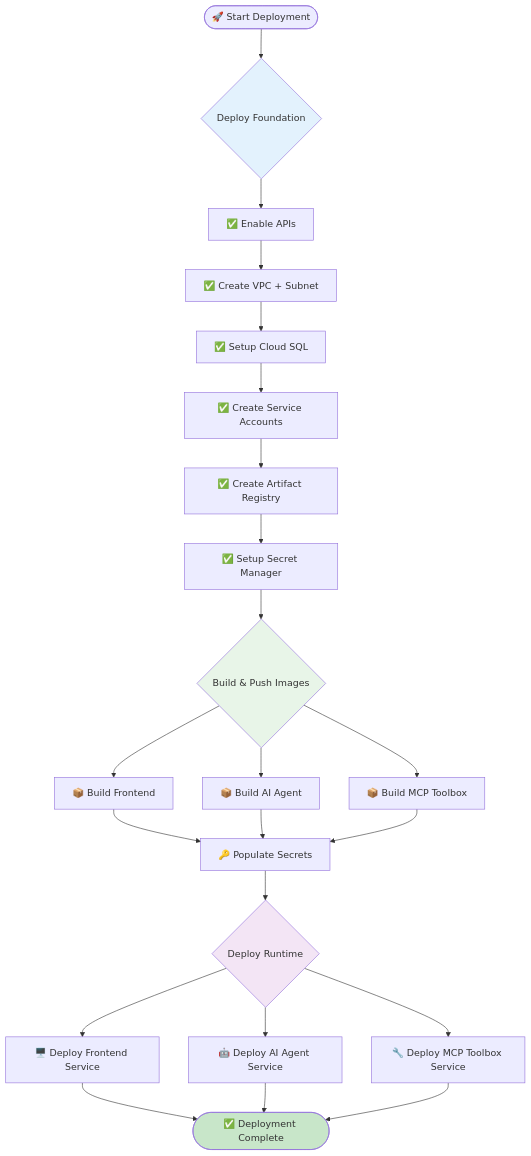
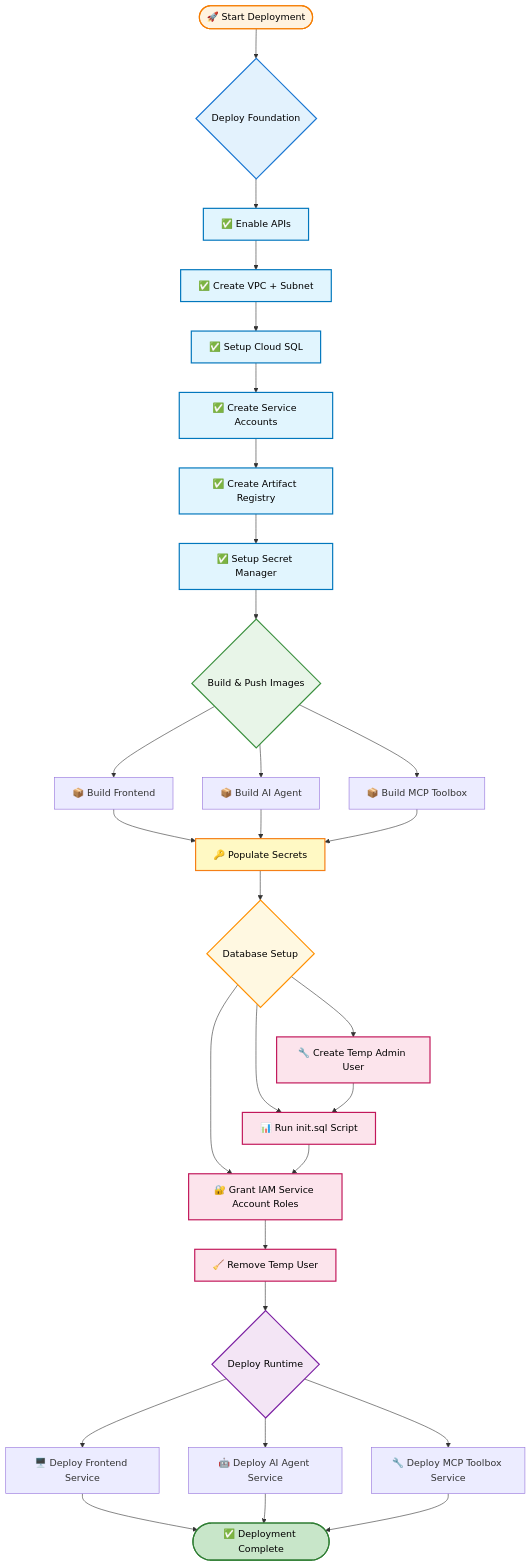
Before and after one commit to discoverlance-com/the-smart-corporate-search: the sixth of 6 diagrams in README.md, drawn with Mermaid. The commit also changed other lines of this file, not shown here.

Commit message:
fix: mermaid diagrams

````diff
--- a/README.md
+++ b/README.md
@@ -449,33 +456,54 @@
 ```mermaid
 flowchart TD
     Start([🚀 Start Deployment]) --> Foundation{Deploy Foundation}
     Foundation --> APIs[✅ Enable APIs]
     APIs --> VPCSetup[✅ Create VPC + Subnet]
     VPCSetup --> CloudSQLSetup[✅ Setup Cloud SQL]
     CloudSQLSetup --> ServiceAccountsSetup[✅ Create Service Accounts]
     ServiceAccountsSetup --> ArtifactRegistrySetup[✅ Create Artifact Registry]
     ArtifactRegistrySetup --> SecretsSetup[✅ Setup Secret Manager]
 
     SecretsSetup --> BuildImages{Build & Push Images}
     BuildImages --> FrontendBuild[📦 Build Frontend]
     BuildImages --> AIAgentBuild[📦 Build AI Agent]
     BuildImages --> MCPBuild[📦 Build MCP Toolbox]
 
     FrontendBuild --> CreateSecrets
     AIAgentBuild --> CreateSecrets
     MCPBuild --> CreateSecrets[🔑 Populate Secrets]
 
-    CreateSecrets --> Runtime{Deploy Runtime}
+    CreateSecrets --> DatabaseSetup{Database Setup}
+    DatabaseSetup --> CreateTempUser[🔧 Create Temp Admin User]
+    DatabaseSetup --> RunInitSQL[📊 Run init.sql Script]
+    DatabaseSetup --> GrantRoles[🔐 Grant IAM Service Account Roles]
+    CreateTempUser --> RunInitSQL
+    RunInitSQL --> GrantRoles
+    GrantRoles --> CleanupTempUser[🧹 Remove Temp User]
+
+    CleanupTempUser --> Runtime{Deploy Runtime}
     Runtime --> FrontendService[🖥️ Deploy Frontend Service]
     Runtime --> AIAgentService[🤖 Deploy AI Agent Service]
     Runtime --> MCPService[🔧 Deploy MCP Toolbox Service]
 
     FrontendService --> Complete([✅ Deployment Complete])
     AIAgentService --> Complete
     MCPService --> Complete
 
-    style Foundation fill:#e3f2fd
-    style Runtime fill:#f3e5f5
-    style BuildImages fill:#e8f5e8
-    style Complete fill:#c8e6c9
+    style Foundation fill:#e3f2fd,stroke:#1976d2,stroke-width:2px,color:#000
+    style Runtime fill:#f3e5f5,stroke:#7b1fa2,stroke-width:2px,color:#000
+    style BuildImages fill:#e8f5e8,stroke:#388e3c,stroke-width:2px,color:#000
+    style DatabaseSetup fill:#fff8e1,stroke:#ff8f00,stroke-width:2px,color:#000
+    style Complete fill:#c8e6c9,stroke:#2e7d32,stroke-width:2px,color:#000
+    style Start fill:#fff3e0,stroke:#f57c00,stroke-width:2px,color:#000
+    style APIs fill:#e1f5fe,stroke:#0277bd,stroke-width:2px,color:#000
+    style VPCSetup fill:#e1f5fe,stroke:#0277bd,stroke-width:2px,color:#000
+    style CloudSQLSetup fill:#e1f5fe,stroke:#0277bd,stroke-width:2px,color:#000
+    style ServiceAccountsSetup fill:#e1f5fe,stroke:#0277bd,stroke-width:2px,color:#000
+    style ArtifactRegistrySetup fill:#e1f5fe,stroke:#0277bd,stroke-width:2px,color:#000
+    style SecretsSetup fill:#e1f5fe,stroke:#0277bd,stroke-width:2px,color:#000
+    style CreateSecrets fill:#fff9c4,stroke:#f57f17,stroke-width:2px,color:#000
+    style CreateTempUser fill:#fce4ec,stroke:#c2185b,stroke-width:2px,color:#000
+    style RunInitSQL fill:#fce4ec,stroke:#c2185b,stroke-width:2px,color:#000
+    style GrantRoles fill:#fce4ec,stroke:#c2185b,stroke-width:2px,color:#000
+    style CleanupTempUser fill:#fce4ec,stroke:#c2185b,stroke-width:2px,color:#000
 ```
````
